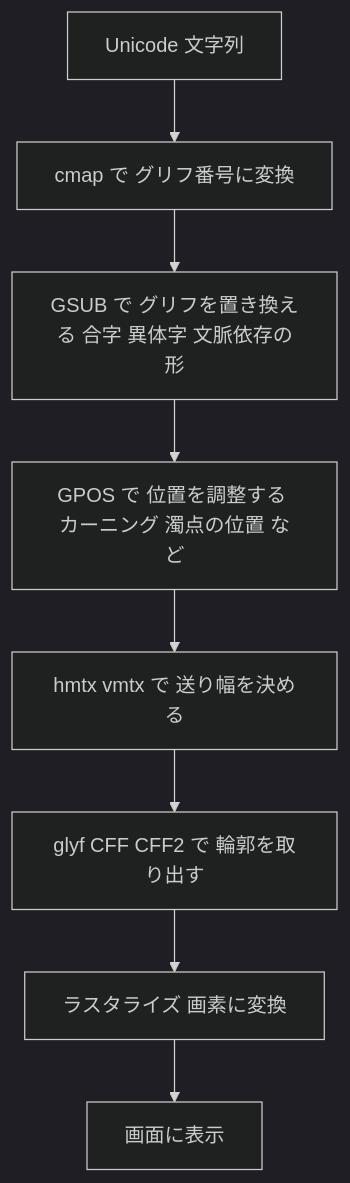
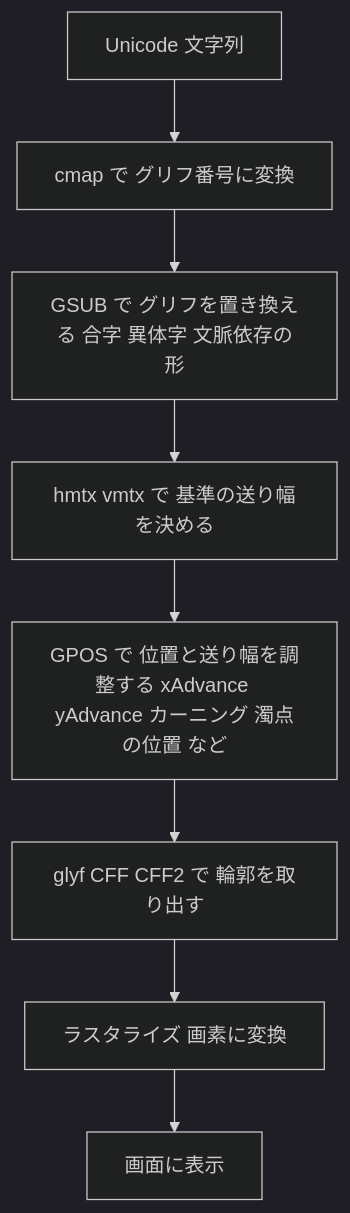
Before and after one commit to myoshi2891/Quality-Assurance-Studies: the sixth of 11 diagrams in Iso-iec-14496-22-2026-beginner-guide.md, drawn with Mermaid (dark theme). The commit also changed other lines of this file and 3 other files, not shown here.

````diff
--- a/Iso-iec-14496-22-2026-beginner-guide.md
+++ b/Iso-iec-14496-22-2026-beginner-guide.md
@@ -426,10 +430,10 @@
 ```mermaid
 flowchart TD
     TXT["Unicode 文字列"] --> CMAP["cmap で グリフ番号に変換"]
     CMAP --> GSUB["GSUB で グリフを置き換える 合字 異体字 文脈依存の形"]
-    GSUB --> GPOS["GPOS で 位置を調整する カーニング 濁点の位置 など"]
-    GPOS --> METRIC["hmtx vmtx で 送り幅を決める"]
-    METRIC --> OUTL["glyf CFF CFF2 で 輪郭を取り出す"]
+    GSUB --> METRIC["hmtx vmtx で 基準の送り幅を決める"]
+    METRIC --> GPOS["GPOS で 位置と送り幅を調整する xAdvance yAdvance カーニング 濁点の位置 など"]
+    GPOS --> OUTL["glyf CFF CFF2 で 輪郭を取り出す"]
     OUTL --> RAST["ラスタライズ 画素に変換"]
     RAST --> SCREEN["画面に表示"]
 ```
````
